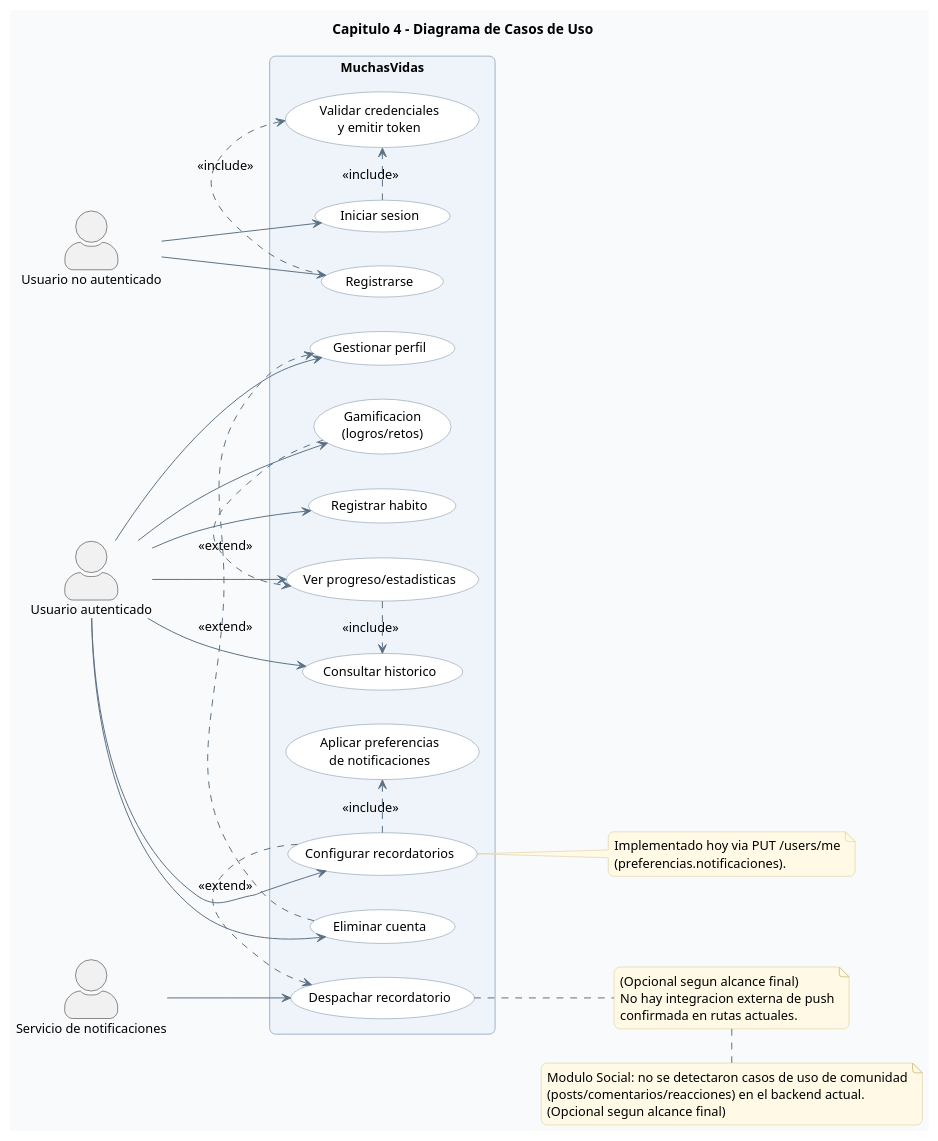
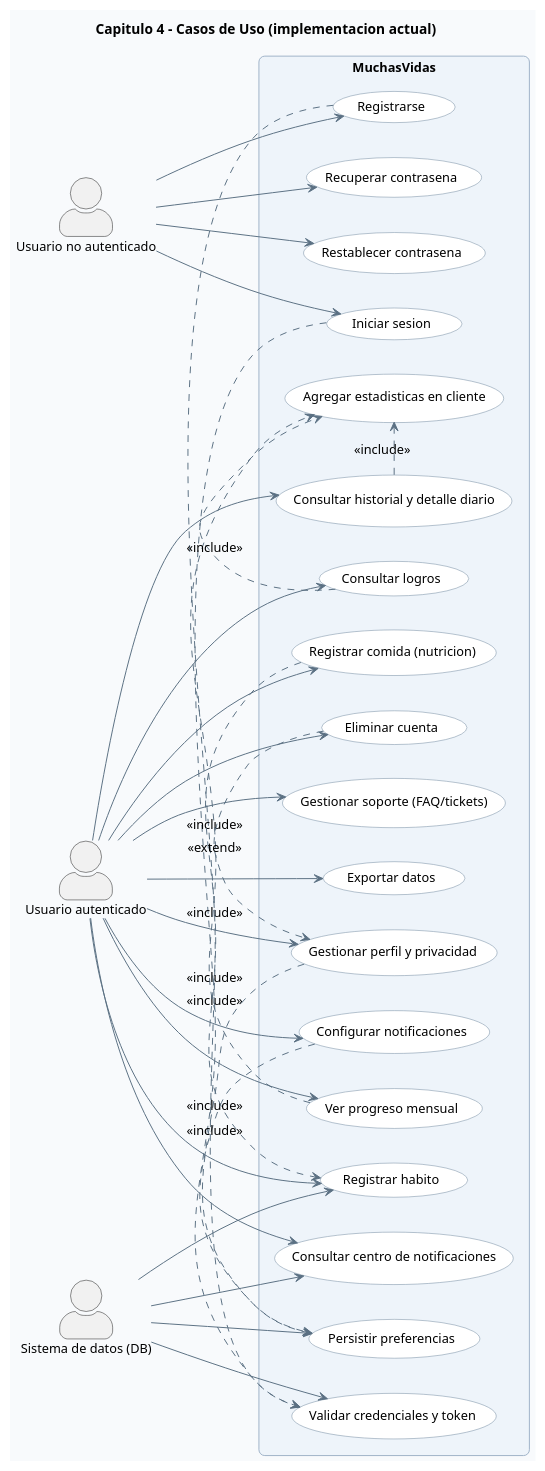
Before and after one commit to TPerez13/TFG: the diagram in docs/diagrams/cap4/02_casos_uso.puml, drawn with PlantUML. The commit also changed 15 other files, not shown here.

Commit message:
feat: update diagrams for authentication, habits, notifications, and navigation; add new notification management sequence

```diff
--- a/docs/diagrams/cap4/02_casos_uso.puml
+++ b/docs/diagrams/cap4/02_casos_uso.puml
@@ -1,81 +1,100 @@
 @startuml
 ' CAP4 - 02 Casos de Uso
 
 skinparam backgroundColor #F8FAFC
 skinparam shadowing false
 skinparam roundcorner 12
 skinparam defaultFontName Segoe UI
 skinparam defaultFontSize 13
 skinparam ArrowColor #5B7083
 skinparam ArrowThickness 1
 skinparam packageStyle rectangle
 skinparam packageBorderColor #9FB3C8
 skinparam packageBackgroundColor #EEF4FA
 skinparam usecaseBackgroundColor #FFFFFF
 skinparam usecaseBorderColor #6E879D
 skinparam actorStyle awesome
 skinparam noteBackgroundColor #FFF9E6
 skinparam noteBorderColor #D7C58A
 
-title Capitulo 4 - Diagrama de Casos de Uso
+title Capitulo 4 - Casos de Uso (implementacion actual)
 
 left to right direction
 
 actor "Usuario no autenticado" as A_GUEST
 actor "Usuario autenticado" as A_USER
-actor "Servicio de notificaciones" as A_NOTIF
+actor "Sistema de datos (DB)" as A_DB
 
 rectangle "MuchasVidas" {
   usecase "Iniciar sesion" as UC_LOGIN
   usecase "Registrarse" as UC_REGISTER
-  usecase "Gestionar perfil" as UC_PROFILE
-  usecase "Registrar habito" as UC_HABIT
-  usecase "Consultar historico" as UC_HISTORY
-  usecase "Ver progreso/estadisticas" as UC_PROGRESS
-  usecase "Configurar recordatorios" as UC_REMINDERS
-  usecase "Gamificacion\n(logros/retos)" as UC_GAMIF
+  usecase "Recuperar contrasena" as UC_FORGOT
+  usecase "Restablecer contrasena" as UC_RESET
+
+  usecase "Gestionar perfil y privacidad" as UC_PROFILE
+  usecase "Configurar notificaciones" as UC_NOTIFICATION_PREFS
+  usecase "Consultar centro de notificaciones" as UC_NOTIFICATION_CENTER
+
+  usecase "Registrar habito" as UC_HABIT_ENTRY
+  usecase "Registrar comida (nutricion)" as UC_NUTRITION_ENTRY
+  usecase "Consultar historial y detalle diario" as UC_HISTORY
+  usecase "Ver progreso mensual" as UC_PROGRESS
+  usecase "Consultar logros" as UC_ACHIEVEMENTS
+
+  usecase "Gestionar soporte (FAQ/tickets)" as UC_SUPPORT
+  usecase "Exportar datos" as UC_EXPORT
   usecase "Eliminar cuenta" as UC_DELETE
-  usecase "Validar credenciales\ny emitir token" as UC_AUTH_CORE
-  usecase "Aplicar preferencias\nde notificaciones" as UC_PREFS
-  usecase "Despachar recordatorio" as UC_DISPATCH
+
+  usecase "Validar credenciales y token" as UC_AUTH_CORE
+  usecase "Persistir preferencias" as UC_SAVE_PREFS
+  usecase "Agregar estadisticas en cliente" as UC_CLIENT_AGG
 }
 
 A_GUEST --> UC_LOGIN
 A_GUEST --> UC_REGISTER
+A_GUEST --> UC_FORGOT
+A_GUEST --> UC_RESET
 
 A_USER --> UC_PROFILE
-A_USER --> UC_HABIT
+A_USER --> UC_NOTIFICATION_PREFS
+A_USER --> UC_NOTIFICATION_CENTER
+A_USER --> UC_HABIT_ENTRY
+A_USER --> UC_NUTRITION_ENTRY
 A_USER --> UC_HISTORY
 A_USER --> UC_PROGRESS
-A_USER --> UC_REMINDERS
-A_USER --> UC_GAMIF
+A_USER --> UC_ACHIEVEMENTS
+A_USER --> UC_SUPPORT
+A_USER --> UC_EXPORT
 A_USER --> UC_DELETE
 
 UC_LOGIN .> UC_AUTH_CORE : <<include>>
 UC_REGISTER .> UC_AUTH_CORE : <<include>>
-UC_PROGRESS .> UC_HISTORY : <<include>>
-UC_REMINDERS .> UC_PREFS : <<include>>
+UC_PROFILE .> UC_SAVE_PREFS : <<include>>
+UC_NOTIFICATION_PREFS .> UC_SAVE_PREFS : <<include>>
+UC_PROGRESS .> UC_CLIENT_AGG : <<include>>
+UC_HISTORY .> UC_CLIENT_AGG : <<include>>
+UC_ACHIEVEMENTS .> UC_CLIENT_AGG : <<include>>
+UC_NUTRITION_ENTRY .> UC_HABIT_ENTRY : <<include>>
 UC_DELETE .> UC_PROFILE : <<extend>>
-UC_GAMIF .> UC_PROGRESS : <<extend>>
 
-A_NOTIF --> UC_DISPATCH
-UC_REMINDERS .> UC_DISPATCH : <<extend>>
-
-note right of UC_REMINDERS
-Implementado hoy via PUT /users/me
-(preferencias.notificaciones).
+A_DB --> UC_AUTH_CORE
+A_DB --> UC_SAVE_PREFS
+A_DB --> UC_HABIT_ENTRY
+A_DB --> UC_NOTIFICATION_CENTER
+/'
+note right of UC_CLIENT_AGG
+Progreso, historial y logros se calculan en la app mobile
+con datos de /habits/entries + /users/me.
 end note
 
-note right of UC_DISPATCH
-(Opcional segun alcance final)
-No hay integracion externa de push
-confirmada en rutas actuales.
+note right of UC_NOTIFICATION_PREFS
+Se usa PUT /api/users/me con patch de
+preferencias.notificaciones.
 end note
 
 note bottom
-Modulo Social: no se detectaron casos de uso de comunidad
-(posts/comentarios/reacciones) en el backend actual.
-(Opcional segun alcance final)
+No se detecto modulo de comunidad/social en la version actual.
+Las tablas de gamificacion existen en DB, pero sin API dedicada.
 end note
-
+'/
 @enduml
```
